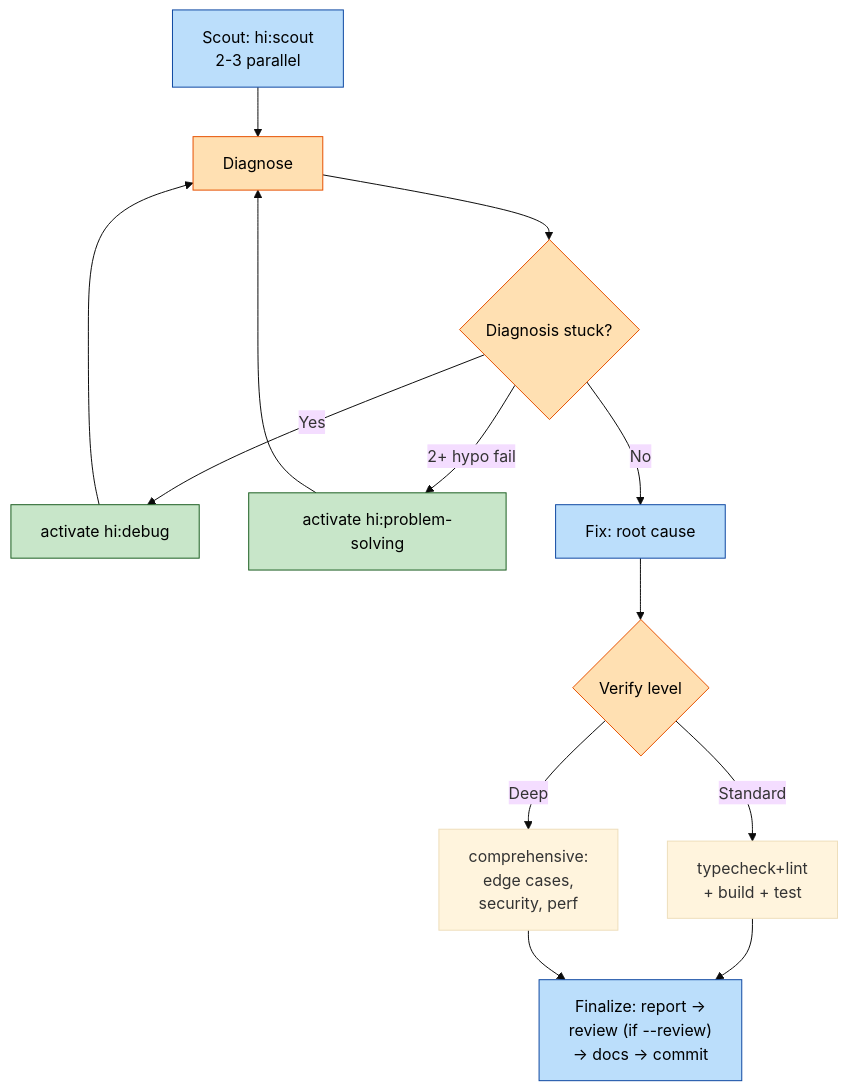
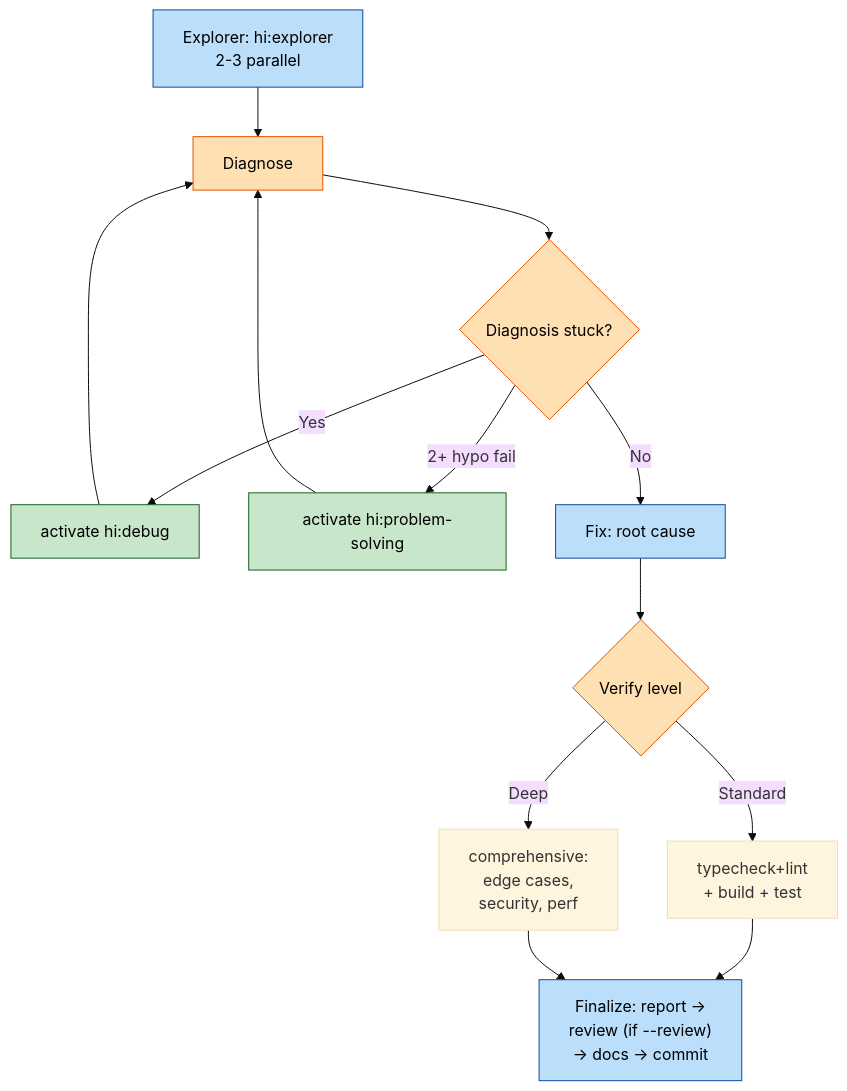
One commit to baka3k/dev-kit changed the third of 7 diagrams in devkit.md. Above: the diagram before and after it, drawn with Mermaid (base theme). The commit also changed other lines of this file and 20 other files, not shown here.

````diff
--- a/devkit.md
+++ b/devkit.md
@@ -68,30 +68,30 @@
 ```mermaid
 graph TD
-    A["Scout: hi:scout<br/>2-3 parallel"] --> B["Diagnose"]
+    A["Explorer: hi:explorer<br/>2-3 parallel"] --> B["Diagnose"]
 
     B --> B1{"Diagnosis stuck?"}
 
     B1 -->|Yes| B2["activate hi:debug"]
     B1 -->|"2+ hypo fail"| B3["activate hi:problem-solving"]
     B1 -->|No| C
 
     B2 --> B
     B3 --> B
 
     C["Fix: root cause"] --> D{"Verify level"}
 
     D -->|Standard| D1["typecheck+lint<br/>+ build + test"]
     D -->|Deep| D2["comprehensive:<br/>edge cases,<br/>security, perf"]
 
     D1 --> E["Finalize: report →<br/>review (if --review)<br/>→ docs → commit"]
     D2 --> E
 
     classDef step fill:#bbdefb,stroke:#0d47a1,color:#000
     classDef skill fill:#c8e6c9,stroke:#1b5e20,color:#000
     classDef gate fill:#ffe0b2,stroke:#e65100,color:#000
 
     class A,C,E step
     class B2,B3 skill
     class B,B1,D gate
 
 ```
````
